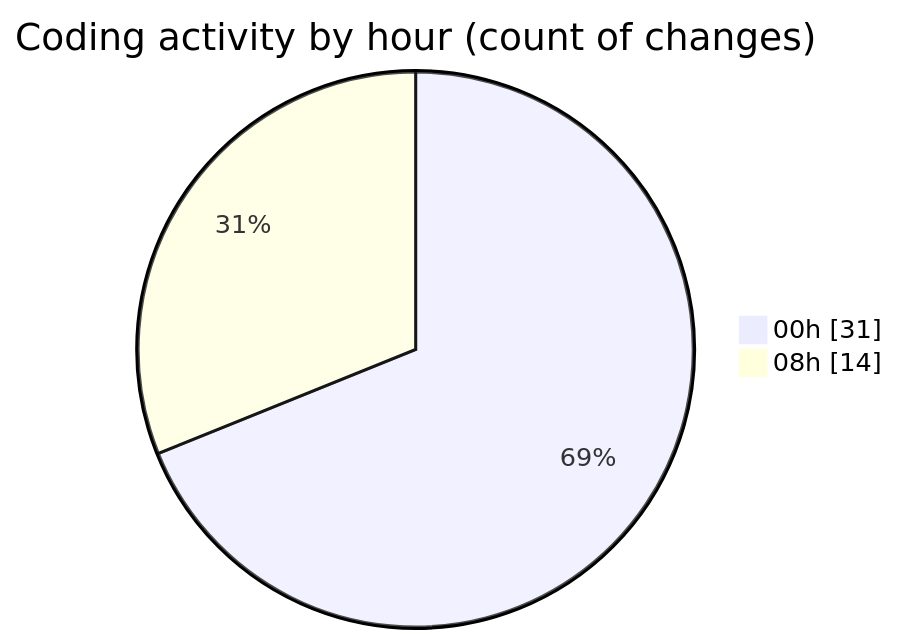
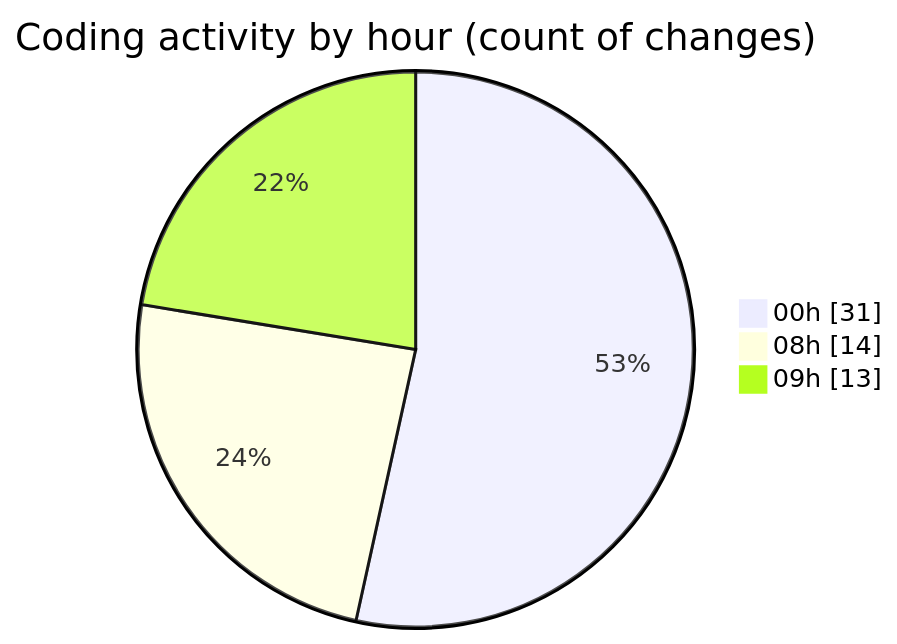
One commit to lephambinh05/code-tracking changed the second of 2 diagrams in 2025-08-03/studybuddy/README.md. Above: the diagram before and after it, drawn with Mermaid. The commit also changed other lines of this file and 1 other file, not shown here.

````diff
--- a/2025-08-03/studybuddy/README.md
+++ b/2025-08-03/studybuddy/README.md
@@ -52,6 +58,7 @@
 ```mermaid
 pie showData
 title Coding activity by hour (count of changes)
 "00h" : 31
 "08h" : 14
+"09h" : 13
 ```
````
